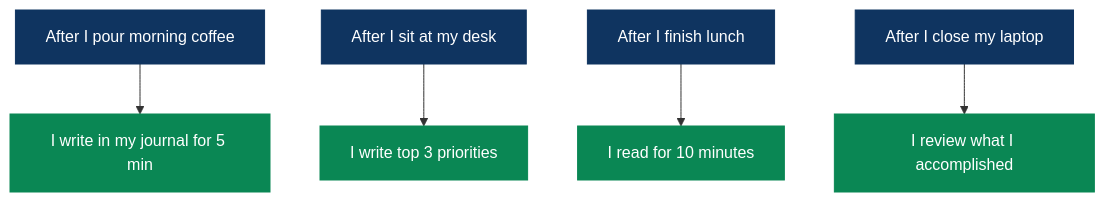
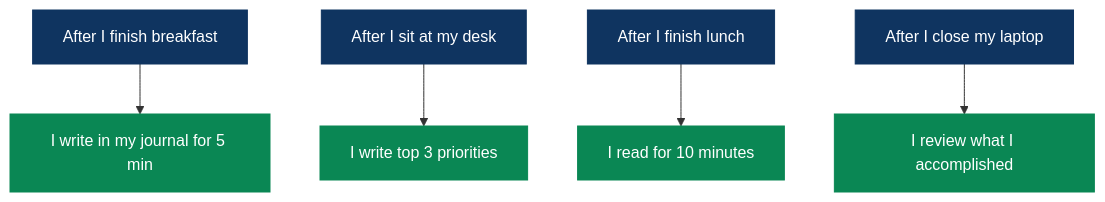
Before and after one commit to Cyvid7-Darus10/peak-self: the fifth of 9 diagrams in mindset/identity-architecture.md, drawn with Mermaid. The commit also changed 3 other files, not shown here.

````diff
--- a/mindset/identity-architecture.md
+++ b/mindset/identity-architecture.md
@@ -119,15 +119,15 @@
 ```mermaid
 flowchart TD
-    A["After I pour morning coffee"] --> B["I write in my journal for 5 min"]
+    A["After I finish breakfast"] --> B["I write in my journal for 5 min"]
     C["After I sit at my desk"] --> D["I write top 3 priorities"]
     E["After I finish lunch"] --> F["I read for 10 minutes"]
     G["After I close my laptop"] --> H["I review what I accomplished"]
     style A fill:#0f3460,stroke:#0f3460,color:#fff
     style B fill:#0a8754,stroke:#0a8754,color:#fff
     style C fill:#0f3460,stroke:#0f3460,color:#fff
     style D fill:#0a8754,stroke:#0a8754,color:#fff
     style E fill:#0f3460,stroke:#0f3460,color:#fff
     style F fill:#0a8754,stroke:#0a8754,color:#fff
     style G fill:#0f3460,stroke:#0f3460,color:#fff
     style H fill:#0a8754,stroke:#0a8754,color:#fff
 ```
````
